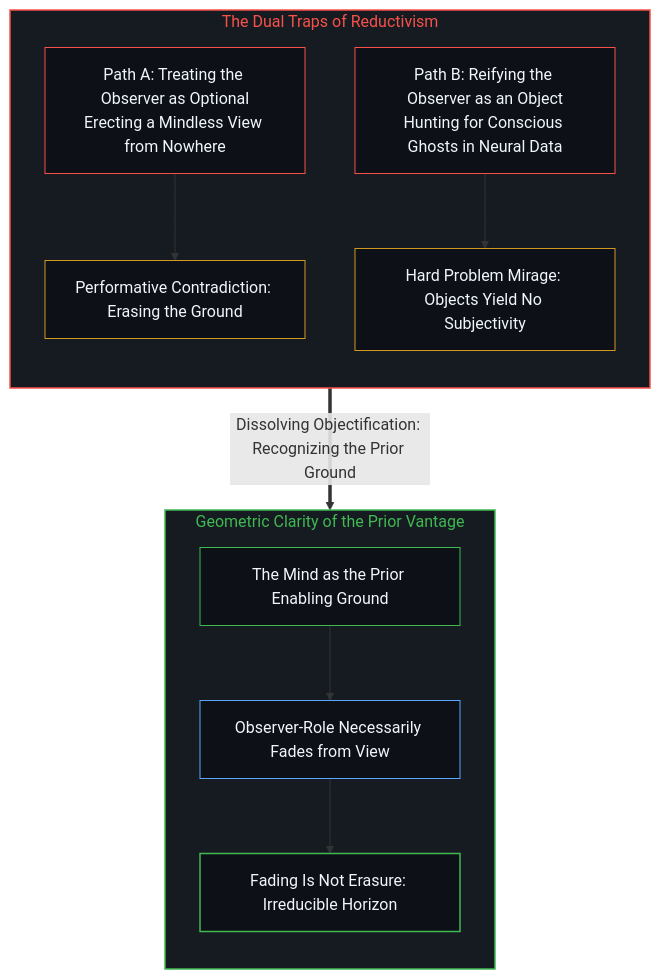
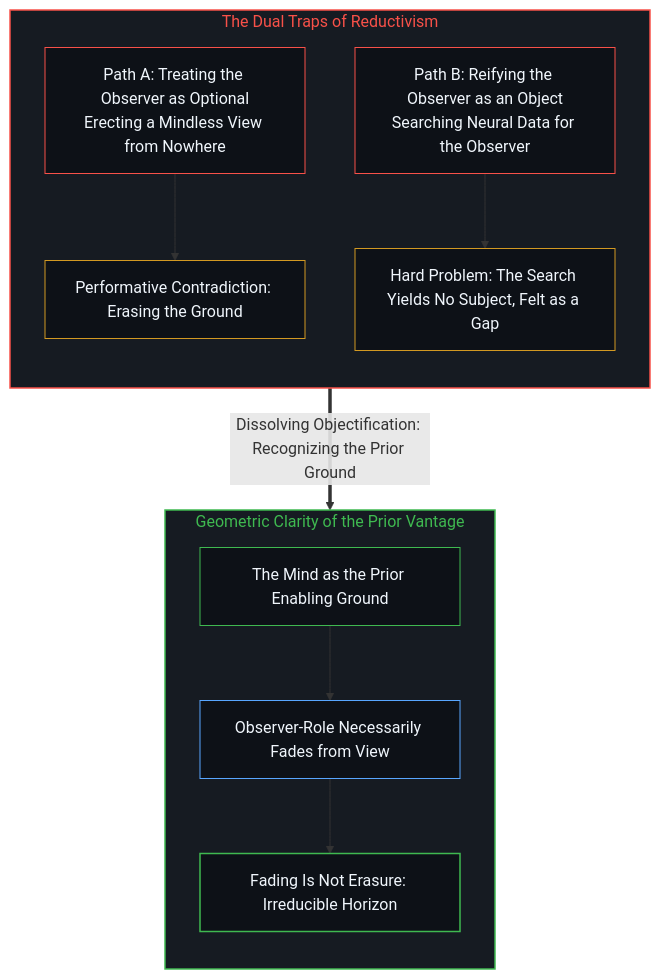
Before and after one commit to powerpig99/not-a-toe: the sixth of 6 diagrams in content/posts/the-grammar-of-finding-and-the-fading-observer.md, drawn with Mermaid. The commit also changed other lines of this file and 1 other file, not shown here.

Commit message:
Wave 2 L2 node 1 refinement: the-grammar-of-finding-and-the-fading-observer

````diff
--- a/content/posts/the-grammar-of-finding-and-the-fading-observer.md
+++ b/content/posts/the-grammar-of-finding-and-the-fading-observer.md
@@ -171,27 +171,27 @@
 ```mermaid
 graph TD
     subgraph S_Fallacy ["The Dual Traps of Reductivism"]
         direction TB
         style S_Fallacy fill:#161b22,stroke:#f85149,stroke-width:1.5px,color:#f85149
         E1["Path A: Treating the Observer as Optional<br/>Erecting a Mindless View from Nowhere"]
-        E2["Path B: Reifying the Observer as an Object<br/>Hunting for Conscious Ghosts in Neural Data"]
+        E2["Path B: Reifying the Observer as an Object<br/>Searching Neural Data for the Observer"]
         E1 --> P1["Performative Contradiction: Erasing the Ground"]
-        E2 --> P2["Hard Problem Mirage: Objects Yield No Subjectivity"]
+        E2 --> P2["Hard Problem: The Search Yields No Subject, Felt as a Gap"]
         style E1 fill:#0d1117,stroke:#f85149,stroke-width:1px,color:#f0f6fc
         style E2 fill:#0d1117,stroke:#f85149,stroke-width:1px,color:#f0f6fc
         style P1 fill:#0d1117,stroke:#d29922,stroke-width:1px,color:#f0f6fc
         style P2 fill:#0d1117,stroke:#d29922,stroke-width:1px,color:#f0f6fc
     end
 
     P2 ==>|"Dissolving Objectification: Recognizing the Prior Ground"| R1
 
     subgraph S_Resolution ["Geometric Clarity of the Prior Vantage"]
         direction TB
         style S_Resolution fill:#161b22,stroke:#3fb950,stroke-width:1.5px,color:#3fb950
         R1["The Mind as the Prior Enabling Ground"] --> R2["Observer-Role Necessarily Fades from View"]
         R2 --> R3["Fading Is Not Erasure: Irreducible Horizon"]
         style R1 fill:#0d1117,stroke:#3fb950,stroke-width:1px,color:#f0f6fc
         style R2 fill:#0d1117,stroke:#58a6ff,stroke-width:1px,color:#f0f6fc
         style R3 fill:#0d1117,stroke:#3fb950,stroke-width:1.5px,color:#f0f6fc
     end
 ```
````
